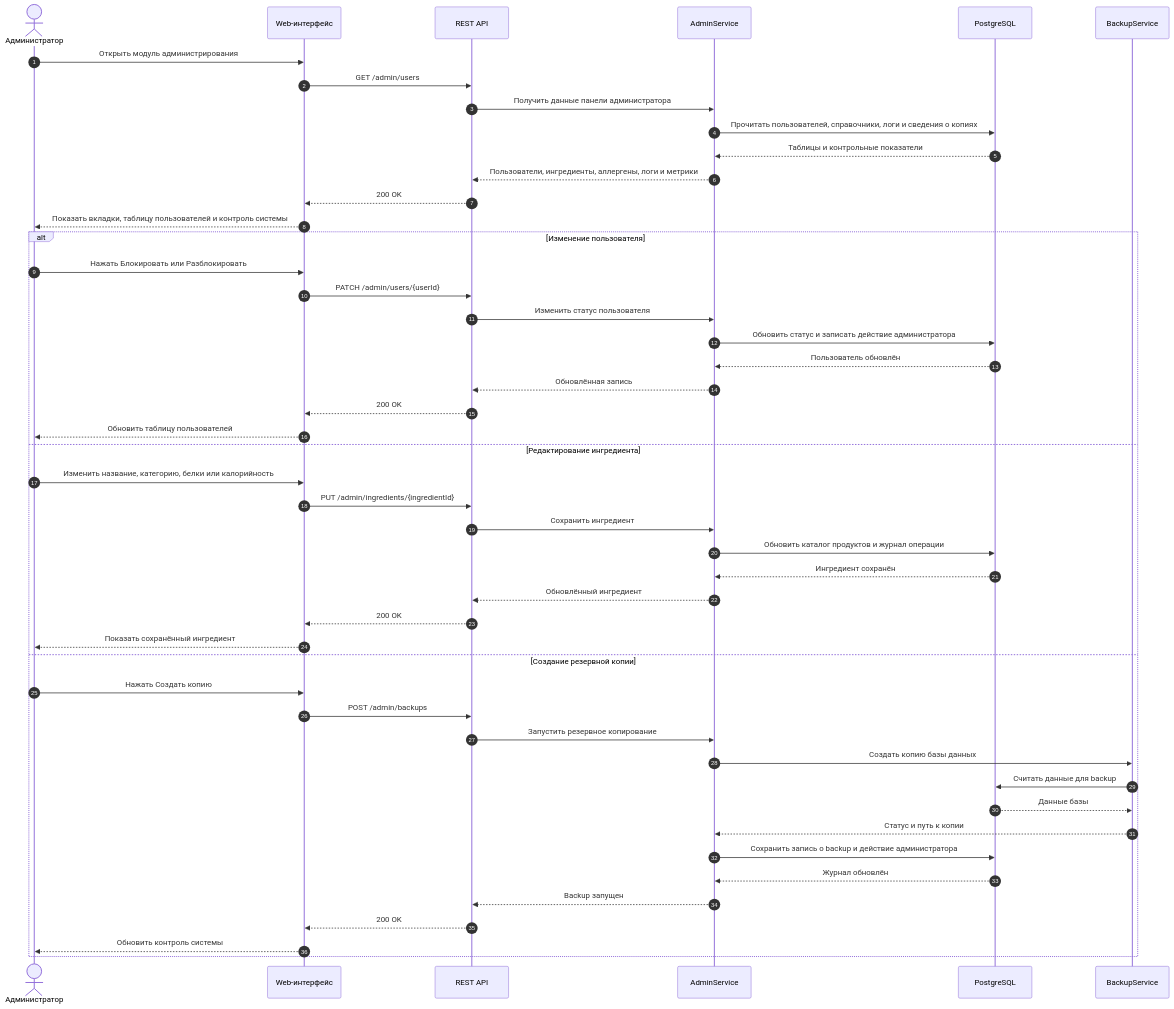
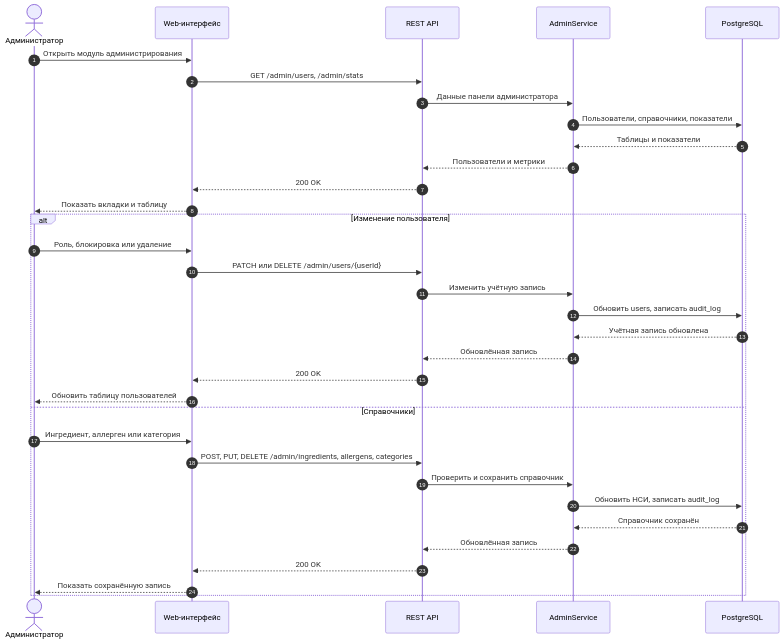
Before and after one commit to Skipl1/ASOIU: the diagram in Optimization-Methods/laba_2/diagrams/Posledovatelnost/09_Администрирование.mmd, drawn with Mermaid. The commit also changed 54 other files, not shown here.

```diff
--- a/Optimization-Methods/laba_2/diagrams/Posledovatelnost/09_Администрирование.mmd
+++ b/Optimization-Methods/laba_2/diagrams/Posledovatelnost/09_Администрирование.mmd
@@ -1,50 +1,37 @@
+%%{init: {"sequence": {"actorMargin": 18, "messageMargin": 22, "boxMargin": 6}}}%%
 sequenceDiagram
     autonumber
     actor A as Администратор
     participant Web as Web-интерфейс
     participant API as REST API
     participant Admin as AdminService
     participant DB as PostgreSQL
-    participant Backup as BackupService
 
     A->>Web: Открыть модуль администрирования
-    Web->>API: GET /admin/users
-    API->>Admin: Получить данные панели администратора
-    Admin->>DB: Прочитать пользователей, справочники, логи и сведения о копиях
-    DB-->>Admin: Таблицы и контрольные показатели
-    Admin-->>API: Пользователи, ингредиенты, аллергены, логи и метрики
+    Web->>API: GET /admin/users, /admin/stats
+    API->>Admin: Данные панели администратора
+    Admin->>DB: Пользователи, справочники, показатели
+    DB-->>Admin: Таблицы и показатели
+    Admin-->>API: Пользователи и метрики
     API-->>Web: 200 OK
-    Web-->>A: Показать вкладки, таблицу пользователей и контроль системы
+    Web-->>A: Показать вкладки и таблицу
 
     alt Изменение пользователя
-        A->>Web: Нажать Блокировать или Разблокировать
-        Web->>API: PATCH /admin/users/{userId}
-        API->>Admin: Изменить статус пользователя
-        Admin->>DB: Обновить статус и записать действие администратора
-        DB-->>Admin: Пользователь обновлён
+        A->>Web: Роль, блокировка или удаление
+        Web->>API: PATCH или DELETE /admin/users/#123;userId#125;
+        API->>Admin: Изменить учётную запись
+        Admin->>DB: Обновить users, записать audit_log
+        DB-->>Admin: Учётная запись обновлена
         Admin-->>API: Обновлённая запись
         API-->>Web: 200 OK
         Web-->>A: Обновить таблицу пользователей
-    else Редактирование ингредиента
-        A->>Web: Изменить название, категорию, белки или калорийность
-        Web->>API: PUT /admin/ingredients/{ingredientId}
-        API->>Admin: Сохранить ингредиент
-        Admin->>DB: Обновить каталог продуктов и журнал операции
-        DB-->>Admin: Ингредиент сохранён
-        Admin-->>API: Обновлённый ингредиент
+    else Справочники
+        A->>Web: Ингредиент, аллерген или категория
+        Web->>API: POST, PUT, DELETE /admin/ingredients, allergens, categories
+        API->>Admin: Проверить и сохранить справочник
+        Admin->>DB: Обновить НСИ, записать audit_log
+        DB-->>Admin: Справочник сохранён
+        Admin-->>API: Обновлённая запись
         API-->>Web: 200 OK
-        Web-->>A: Показать сохранённый ингредиент
-    else Создание резервной копии
-        A->>Web: Нажать Создать копию
-        Web->>API: POST /admin/backups
-        API->>Admin: Запустить резервное копирование
-        Admin->>Backup: Создать копию базы данных
-        Backup->>DB: Считать данные для backup
-        DB-->>Backup: Данные базы
-        Backup-->>Admin: Статус и путь к копии
-        Admin->>DB: Сохранить запись о backup и действие администратора
-        DB-->>Admin: Журнал обновлён
-        Admin-->>API: Backup запущен
-        API-->>Web: 200 OK
-        Web-->>A: Обновить контроль системы
+        Web-->>A: Показать сохранённую запись
     end
```
